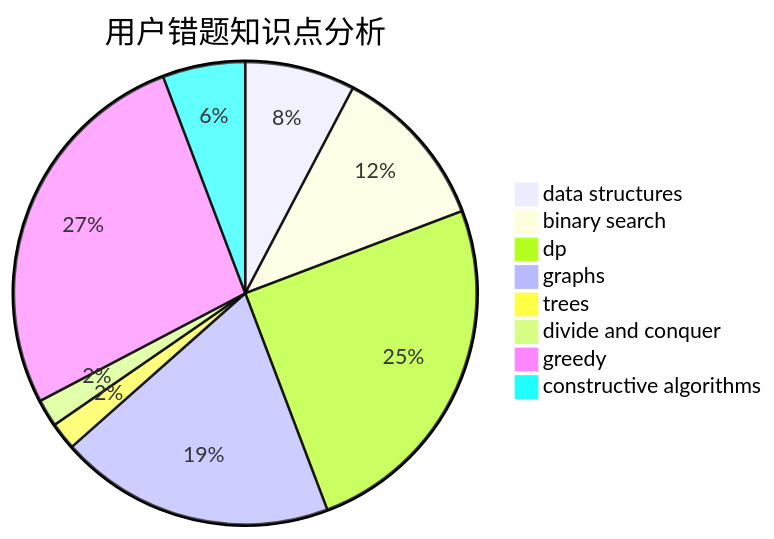
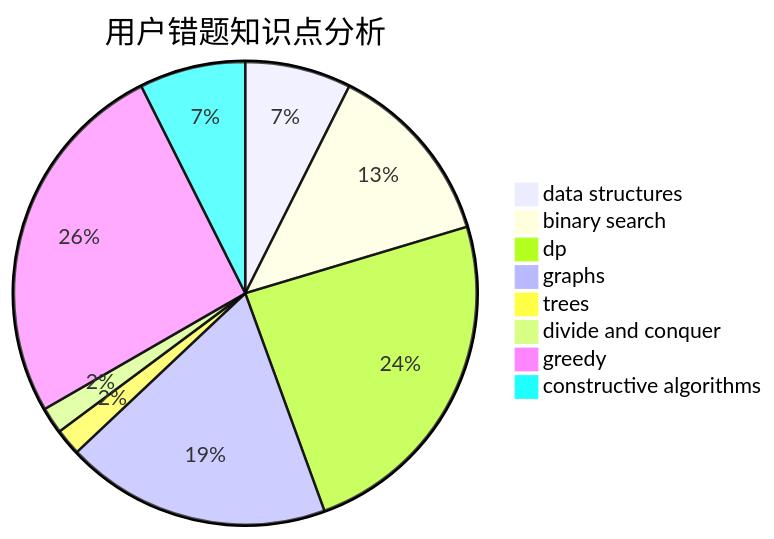
Before and after one commit to sherpahu/cfrs.github.io: the third of 3 diagrams in docs/user/u1757.md, drawn with Mermaid. The commit also changed other lines of this file and 2770 other files, not shown here.

````diff
--- a/docs/user/u1757.md
+++ b/docs/user/u1757.md
@@ -36,11 +36,11 @@
 ```mermaid
 pie title 用户错题知识点分析
     "data structures" :  4
-    "binary search" :  6
+    "binary search" :  7
     "dp" :  13
     "graphs" :  10
     "trees" :  1
     "divide and conquer" :  1
     "greedy" :  14
-    "constructive algorithms" :  3
+    "constructive algorithms" :  4
 ```
````
